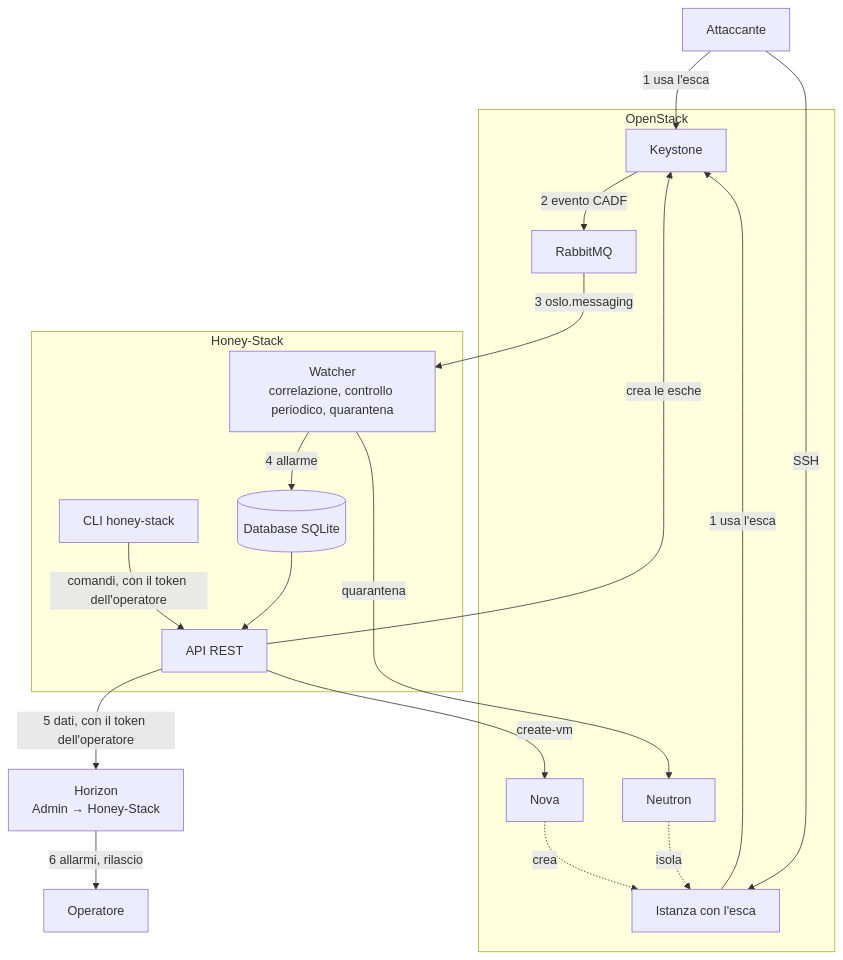
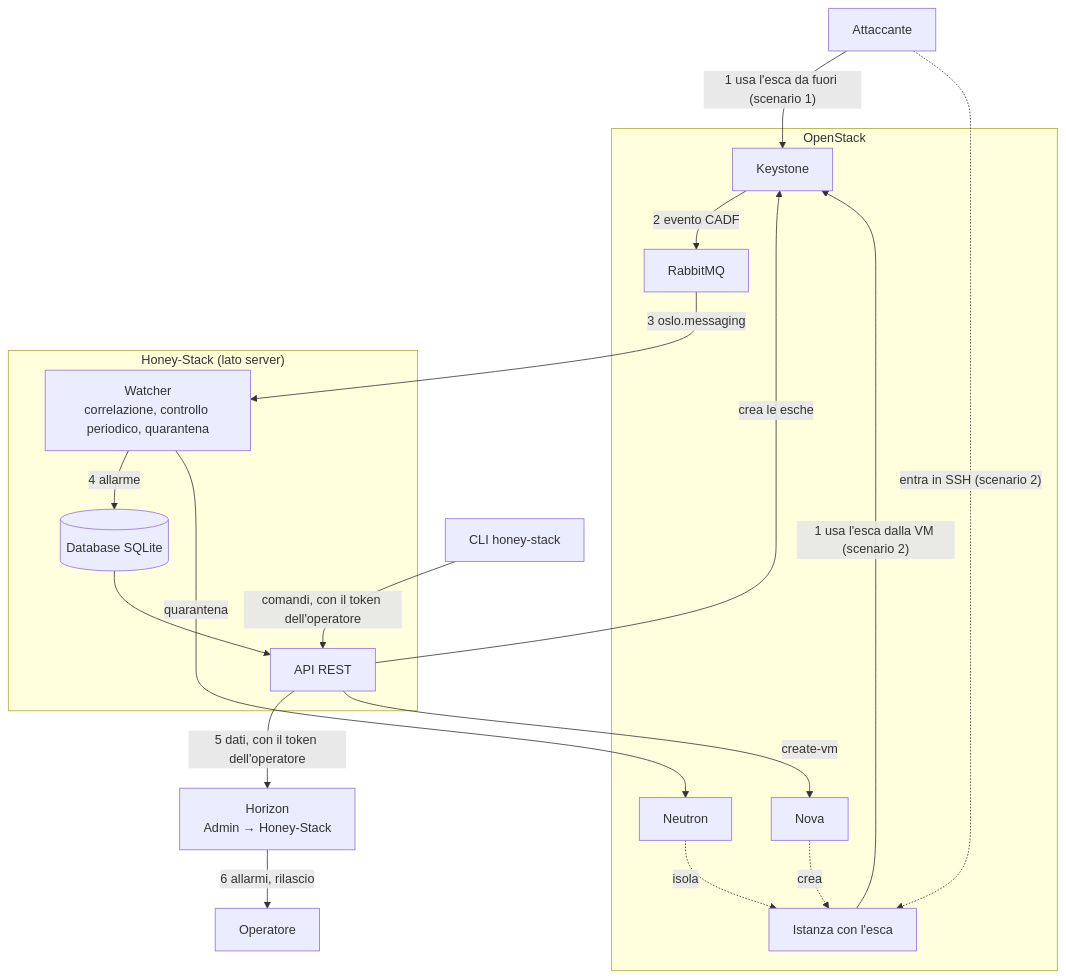
One commit to BenedettoPio/honey-stack changed the diagram in README.md. Above: the diagram before and after it, drawn with Mermaid. The commit also changed other lines of this file, not shown here.

Commit message:
README: diagramma con i due scenari separati e la CLI come client delle API

````diff
--- a/README.md
+++ b/README.md
@@ -13,32 +12,32 @@
 ```mermaid
 flowchart TB
     A["Attaccante"]
     subgraph OS["OpenStack"]
         K["Keystone"] -->|"2 evento CADF"| R["RabbitMQ"]
         NV["Nova"]
         N["Neutron"]
         VM["Istanza con l'esca"]
     end
-    subgraph HS["Honey-Stack"]
-        G["CLI honey-stack"]
+    subgraph HS["Honey-Stack (lato server)"]
         W["Watcher<br/>correlazione, controllo periodico, quarantena"]
         DB[("Database SQLite")]
         D["API REST"]
     end
+    G["CLI honey-stack"]
     H["Horizon<br/>Admin → Honey-Stack"]
     O["Operatore"]
-    A -->|"1 usa l'esca"| K
-    A -->|"SSH"| VM
-    VM -->|"1 usa l'esca"| K
+    A -->|"1 usa l'esca da fuori (scenario 1)"| K
+    A -.->|"entra in SSH (scenario 2)"| VM
+    VM -->|"1 usa l'esca dalla VM (scenario 2)"| K
     R -->|"3 oslo.messaging"| W
     W -->|"4 allarme"| DB
     DB --> D
     D -->|"5 dati, con il token dell'operatore"| H
     H -->|"6 allarmi, rilascio"| O
     W -->|"quarantena"| N
     N -.->|"isola"| VM
     G -->|"comandi, con il token dell'operatore"| D
     D -->|"crea le esche"| K
     D -->|"create-vm"| NV
     NV -.->|"crea"| VM
 ```
````
